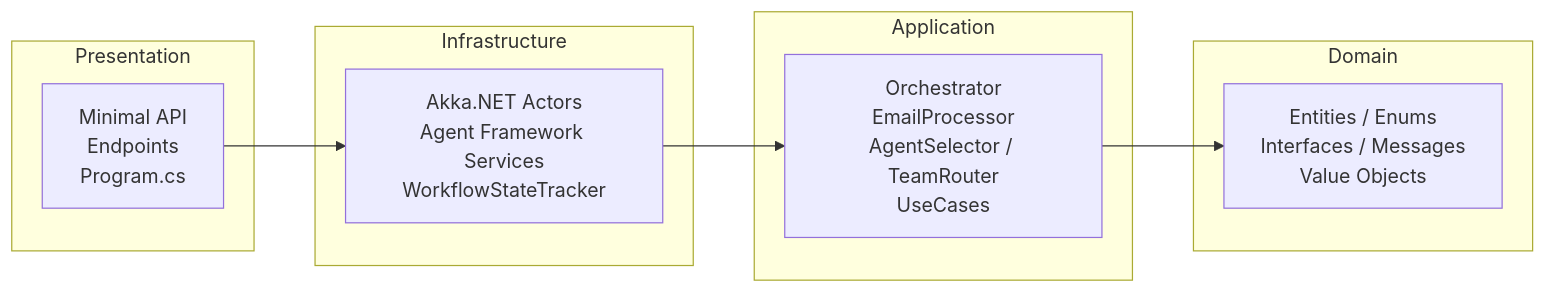
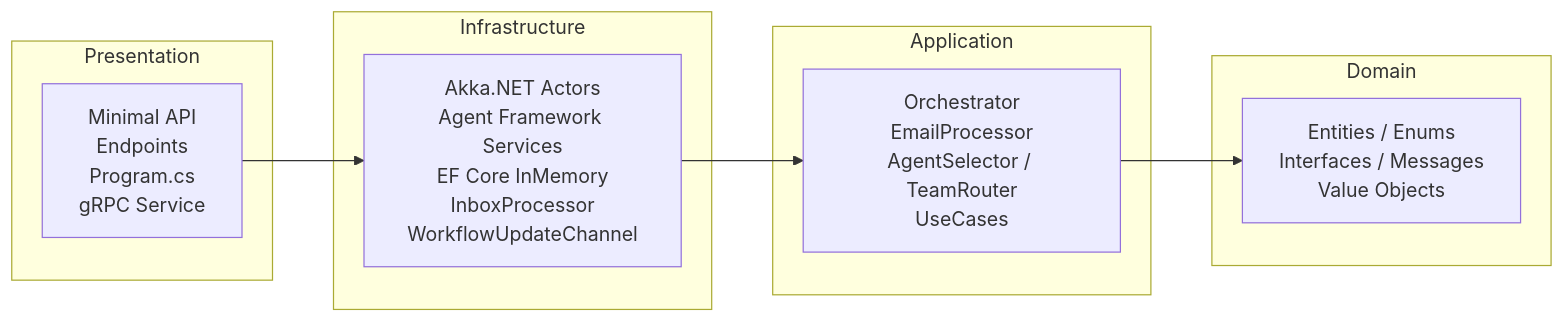
The first of 2 diagrams in README.md (GabrieleTronchin/AiSupportWorkflow), drawn with Mermaid before and after one commit. The commit also changed other lines of this file and 3 other files, not shown here.

````diff
--- a/README.md
+++ b/README.md
@@ -34,17 +36,17 @@
 ```mermaid
 graph LR
     subgraph Presentation
-        P[Minimal API<br/>Endpoints<br/>Program.cs]
+        P[Minimal API<br/>Endpoints<br/>Program.cs<br/>gRPC Service]
     end
     subgraph Infrastructure
-        I[Akka.NET Actors<br/>Agent Framework Services<br/>WorkflowStateTracker]
+        I[Akka.NET Actors<br/>Agent Framework Services<br/>EF Core InMemory<br/>InboxProcessor<br/>WorkflowUpdateChannel]
     end
     subgraph Application
         A[Orchestrator<br/>EmailProcessor<br/>AgentSelector / TeamRouter<br/>UseCases]
     end
     subgraph Domain
         D[Entities / Enums<br/>Interfaces / Messages<br/>Value Objects]
     end
 
     P --> I --> A --> D
 ```
````
